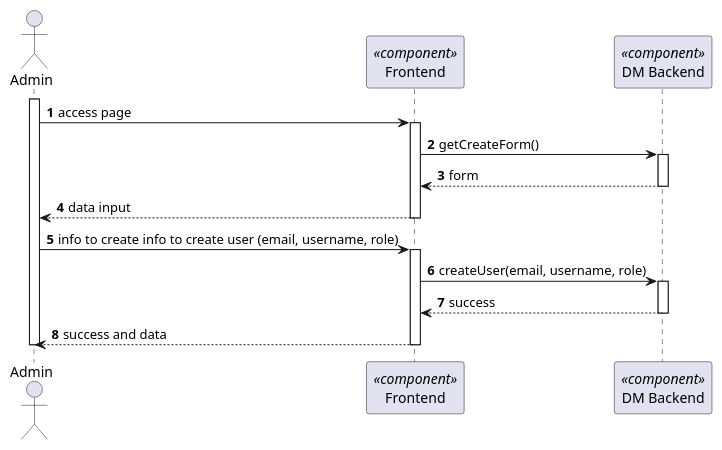
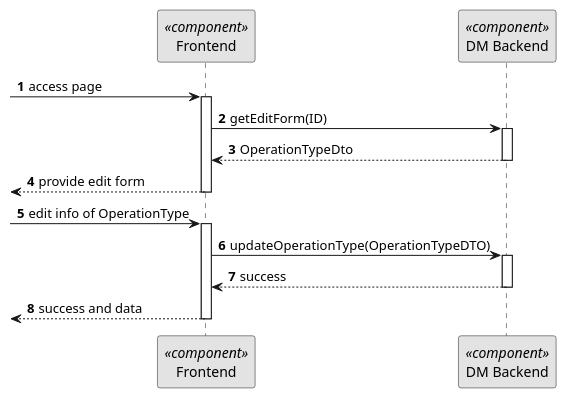
Before and after one commit to Ana-Miguel-Silva/SurgicalAppointmentAndResourceManagement: the diagram in docs/BackofficeModule/6.2.19/sequence-diagram-2.puml, drawn with PlantUML. The commit also changed 27 other files, not shown here.

```diff
--- a/docs/BackofficeModule/6.2.19/sequence-diagram-2.puml
+++ b/docs/BackofficeModule/6.2.19/sequence-diagram-2.puml
@@ -1,33 +1,33 @@
-@startuml 5.1.1
+@startuml 5.1.21
+skinparam monochrome true
 skinparam packageStyle rectangle
 skinparam shadowing false
 
 autonumber
 
-actor "Admin" as AD
 participant "Frontend" as FE <<component>>
 participant "DM Backend" as BE <<component>>
 
+-> FE: access page
+activate FE
+FE -> BE: getEditForm(ID)
+activate BE
+BE --> FE: OperationTypeDto
+deactivate BE
+<-- FE : provide edit form
+deactivate FE
+-> FE : edit info of OperationType
+activate FE
+FE -> BE: updateOperationType(OperationTypeDTO)
+activate BE
+
+BE --> FE: success
+deactivate BE
+<-- FE : success and data
+
+deactivate FE
 
 
-activate AD
-AD -> FE: access page
-activate FE
-FE -> BE: getCreateForm()
-activate BE
-BE --> FE: form
-deactivate BE
-FE --> AD : data input
-deactivate FE
-AD -> FE : info to create info to create user (email, username, role)
-activate FE
-FE -> BE : createUser(email, username, role)
-activate BE
-BE --> FE: success
-deactivate BE
-FE --> AD : success and data
-deactivate FE
-deactivate AD
 
 
 @enduml
```
